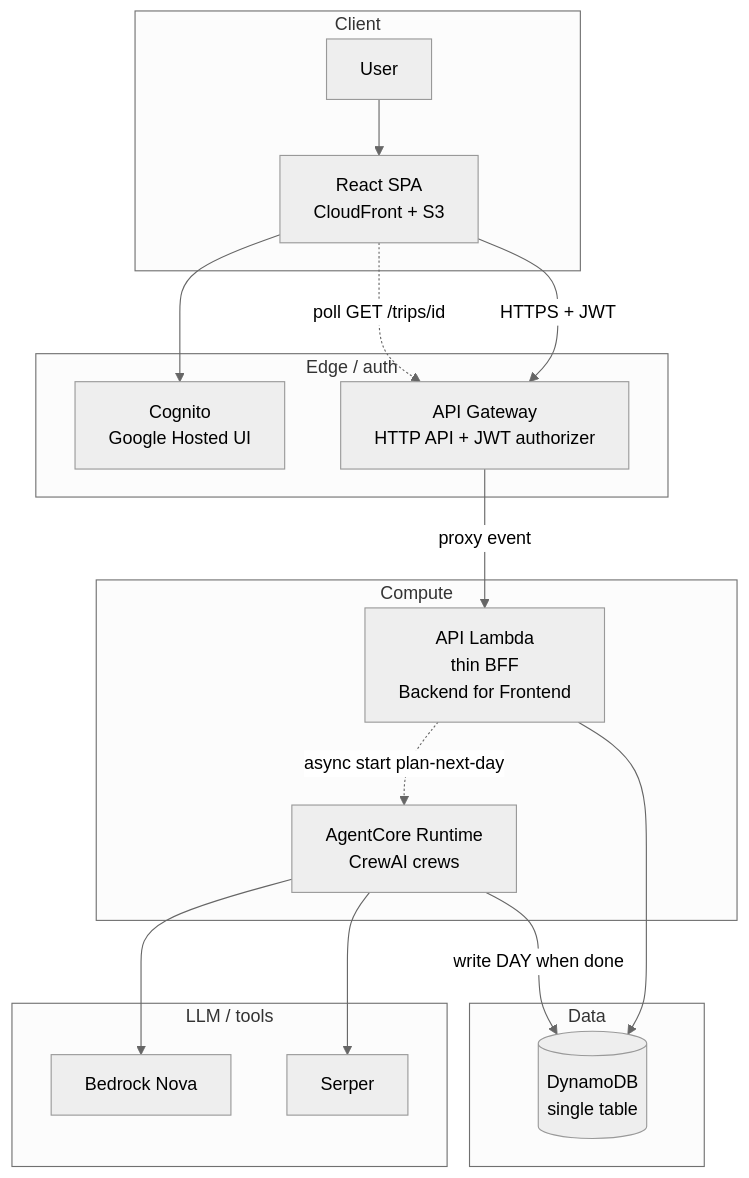
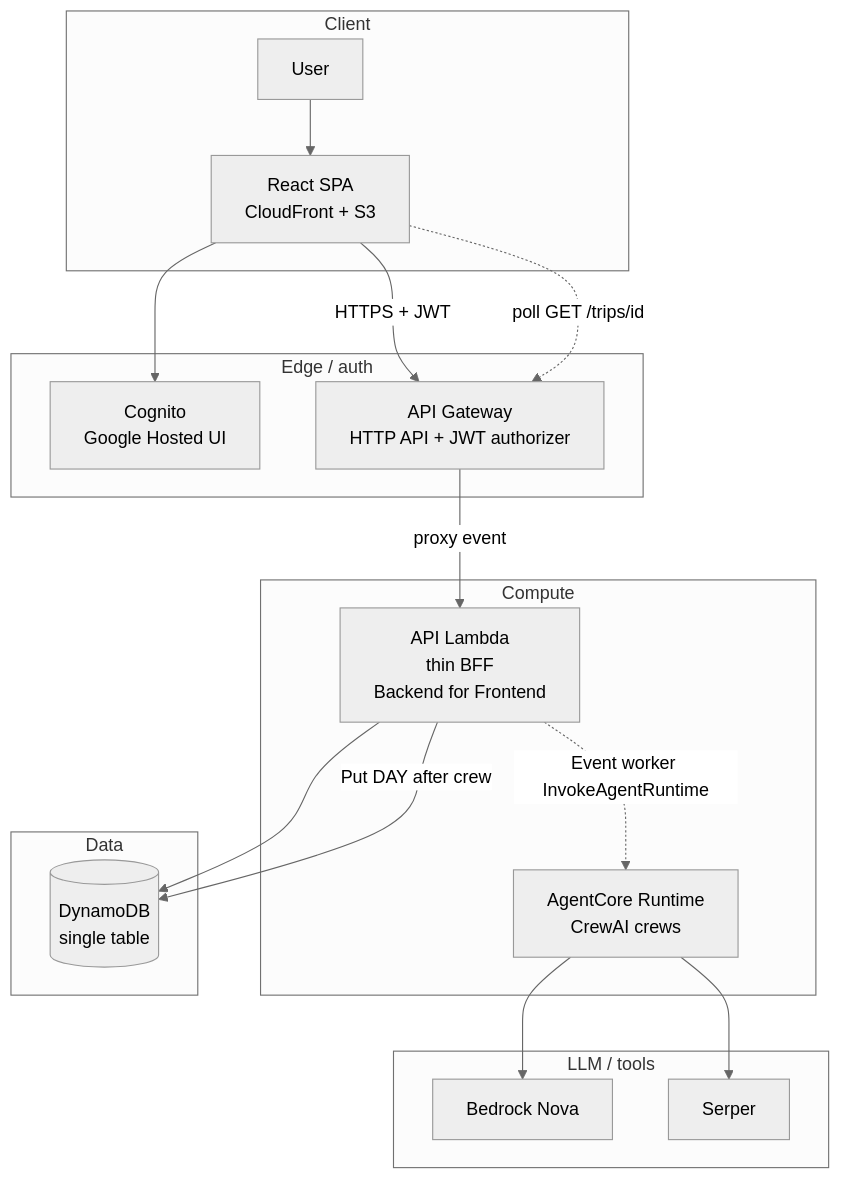
The first of 3 diagrams in docs/architecture-decisions/README.md (YukiUmetsu/vacation-planner-crewai), drawn with Mermaid (neutral theme) before and after one commit. The commit also changed other lines of this file and 9 other files, not shown here.

````diff
--- a/docs/architecture-decisions/README.md
+++ b/docs/architecture-decisions/README.md
@@ -24,37 +24,37 @@
 ```mermaid
 flowchart TB
   subgraph client [Client]
     user[User]
     spa[React SPA<br/>CloudFront + S3]
   end
 
   subgraph edge [Edge / auth]
     cognito[Cognito<br/>Google Hosted UI]
     apigw[API Gateway<br/>HTTP API + JWT authorizer]
   end
 
   subgraph compute [Compute]
     lambda[API Lambda<br/>thin BFF<br/>Backend for Frontend]
     agentcore[AgentCore Runtime<br/>CrewAI crews]
   end
 
   subgraph data [Data]
     ddb[(DynamoDB<br/>single table)]
   end
 
   subgraph llm [LLM / tools]
     bedrock[Bedrock Nova]
     serper[Serper]
   end
 
   user --> spa
   spa --> cognito
   spa -->|"HTTPS + JWT"| apigw
   apigw -->|"proxy event"| lambda
   lambda --> ddb
-  lambda -.->|"async start plan-next-day"| agentcore
+  lambda -.->|"Event worker InvokeAgentRuntime"| agentcore
   agentcore --> bedrock
   agentcore --> serper
-  agentcore -->|"write DAY when done"| ddb
+  lambda -->|"Put DAY after crew"| ddb
   spa -.->|"poll GET /trips/id"| apigw
 ```
````
